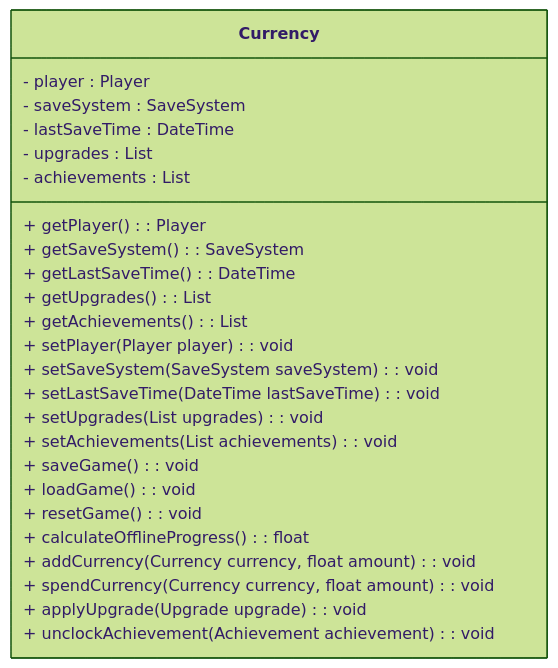
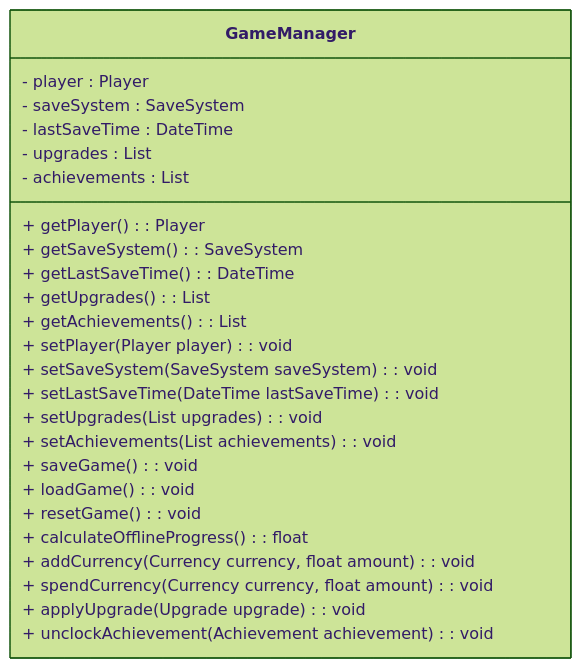
The diagram in docs/uml/GameManager.mmd (dallatIkes/HackerIdleGame), drawn with Mermaid (forest theme) before and after one commit.

Commit message:
[fix] - right name for class diagram

```diff
--- a/docs/uml/GameManager.mmd
+++ b/docs/uml/GameManager.mmd
@@ -1,40 +1,40 @@
 classDiagram
-class Currency {
+class GameManager {
   
   %% attributes
 
   - player : Player
   - saveSystem : SaveSystem
   - lastSaveTime : DateTime
   - upgrades : List<Upgrade>
   - achievements : List<Achievement>
 
   %% methods
 
   %% getters
 
   + getPlayer() : Player
   + getSaveSystem() : SaveSystem
   + getLastSaveTime() : DateTime
   + getUpgrades() : List<Upgrade>
   + getAchievements() : List<Achievement>
 
   %% setters
 
   + setPlayer(Player player) : void
   + setSaveSystem(SaveSystem saveSystem) : void
   + setLastSaveTime(DateTime lastSaveTime) : void
   + setUpgrades(List<Upgrade> upgrades) : void
   + setAchievements(List<Achievement> achievements) : void
   
   %% other
   
   + saveGame() : void
   + loadGame() : void
   + resetGame() : void
   + calculateOfflineProgress() : float
   + addCurrency(Currency currency, float amount) : void
   + spendCurrency(Currency currency, float amount) : void
   + applyUpgrade(Upgrade upgrade) : void
   + unclockAchievement(Achievement achievement) : void
 }
```
